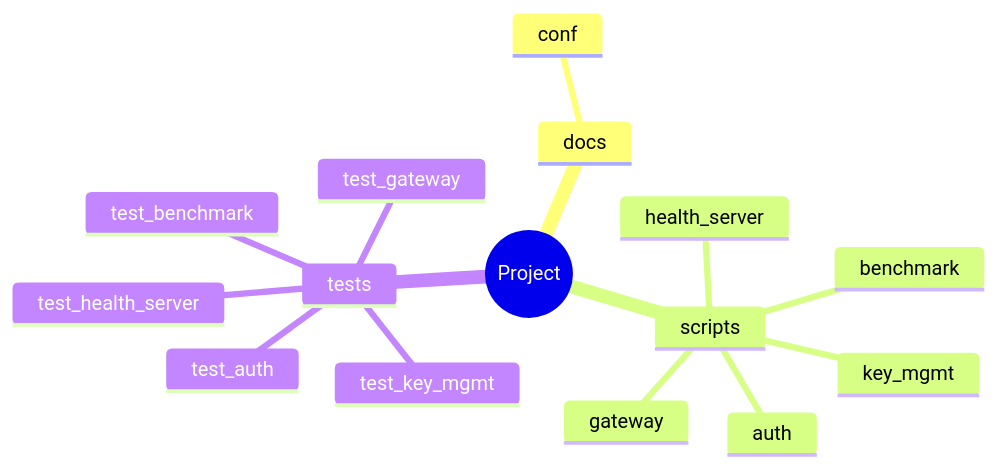
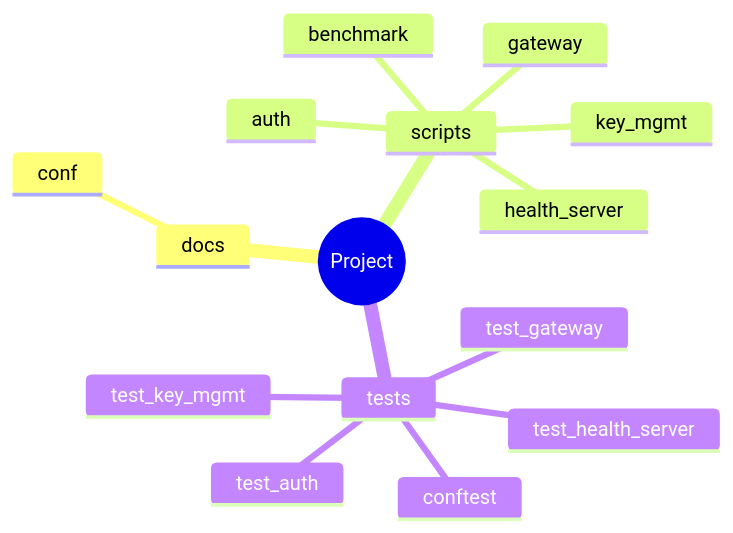
Before and after one commit to zepfu/llama-gguf-inference: the fifth of 8 diagrams in docs/auto/ARCHITECTURE_AUTO.md, drawn with Mermaid. The commit also changed other lines of this file and 2 other files, not shown here.

````diff
--- a/docs/auto/ARCHITECTURE_AUTO.md
+++ b/docs/auto/ARCHITECTURE_AUTO.md
@@ -176,18 +179,18 @@
 ```mermaid
 mindmap
   root((Project))
     docs
       conf
     scripts
+      health_server
+      key_mgmt
       auth
-      key_mgmt
-      health_server
+      gateway
       benchmark
-      gateway
     tests
       test_auth
-      test_gateway
-      test_benchmark
       test_key_mgmt
       test_health_server
+      conftest
+      test_gateway
 ```
````
